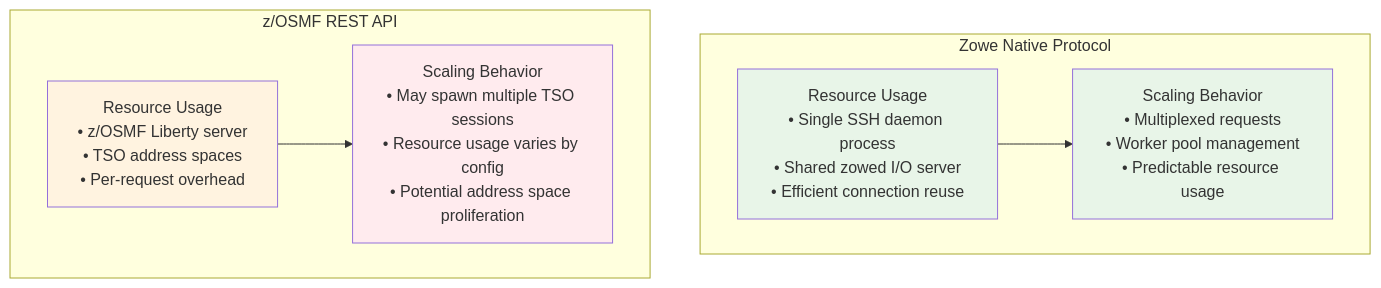
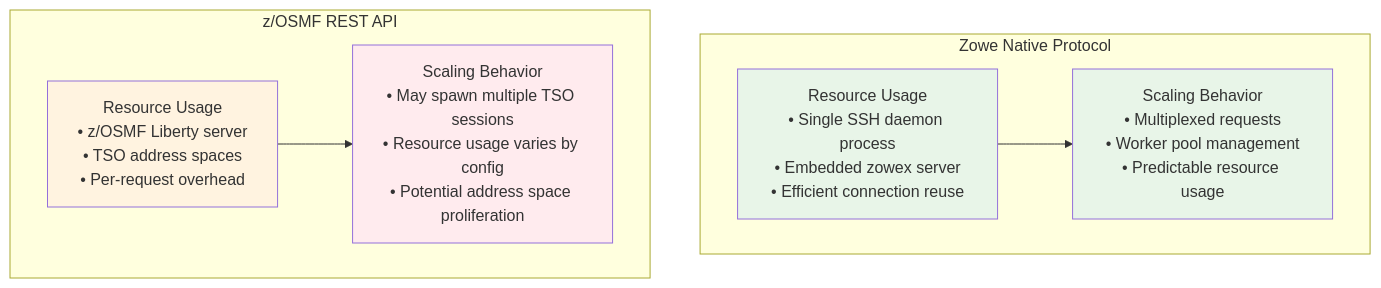
One commit to zowe/zowe-native-proto changed the eighth of 13 diagrams in doc/architecture-comparisons.md. Above: the diagram before and after it, drawn with Mermaid. The commit also changed other lines of this file and 10 other files, not shown here.

````diff
--- a/doc/architecture-comparisons.md
+++ b/doc/architecture-comparisons.md
@@ -288,19 +288,19 @@
 ```mermaid
 graph TB
     subgraph "Zowe Native Protocol"
-        ZNP_RESOURCE["Resource Usage<br/>• Single SSH daemon process<br/>• Shared zowed I/O server<br/>• Efficient connection reuse"]
+        ZNP_RESOURCE["Resource Usage<br/>• Single SSH daemon process<br/>• Embedded zowex server<br/>• Efficient connection reuse"]
         ZNP_SCALE["Scaling Behavior<br/>• Multiplexed requests<br/>• Worker pool management<br/>• Predictable resource usage"]
         ZNP_RESOURCE --> ZNP_SCALE
     end
 
     subgraph "z/OSMF REST API"
         ZOSMF_RESOURCE["Resource Usage<br/>• z/OSMF Liberty server<br/>• TSO address spaces<br/>• Per-request overhead"]
         ZOSMF_SCALE["Scaling Behavior<br/>• May spawn multiple TSO sessions<br/>• Resource usage varies by config<br/>• Potential address space proliferation"]
         ZOSMF_RESOURCE --> ZOSMF_SCALE
     end
 
     style ZNP_RESOURCE fill:#e8f5e8
     style ZNP_SCALE fill:#e8f5e8
     style ZOSMF_RESOURCE fill:#fff3e0
     style ZOSMF_SCALE fill:#ffebee
 ```
````
